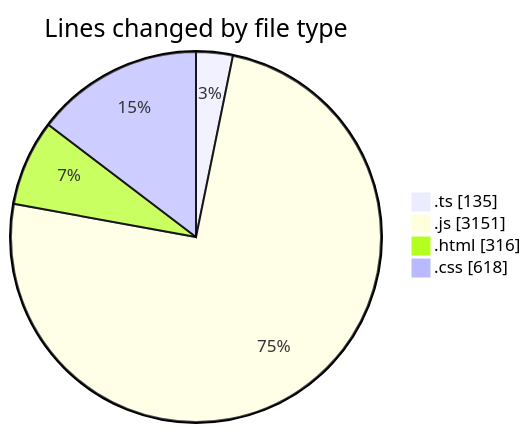
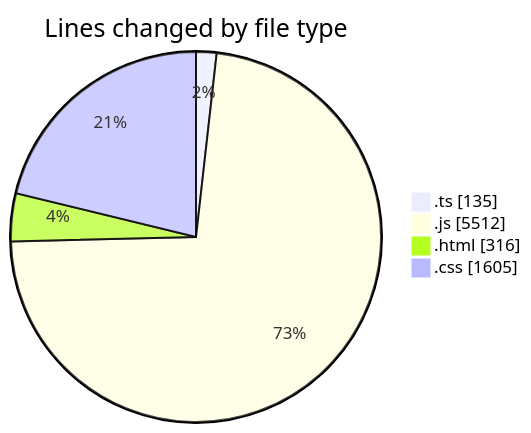
Before and after one commit to tmsrecording-cyber/code-tracking: the first of 2 diagrams in 2026-04-25/darkwire/README.md, drawn with Mermaid. The commit also changed other lines of this file and 1 other file, not shown here.

````diff
--- a/2026-04-25/darkwire/README.md
+++ b/2026-04-25/darkwire/README.md
@@ -30,8 +34,8 @@
 ```mermaid
 pie showData
 title Lines changed by file type
 ".ts" : 135
-".js" : 3151
+".js" : 5512
 ".html" : 316
-".css" : 618
+".css" : 1605
 ```
````
